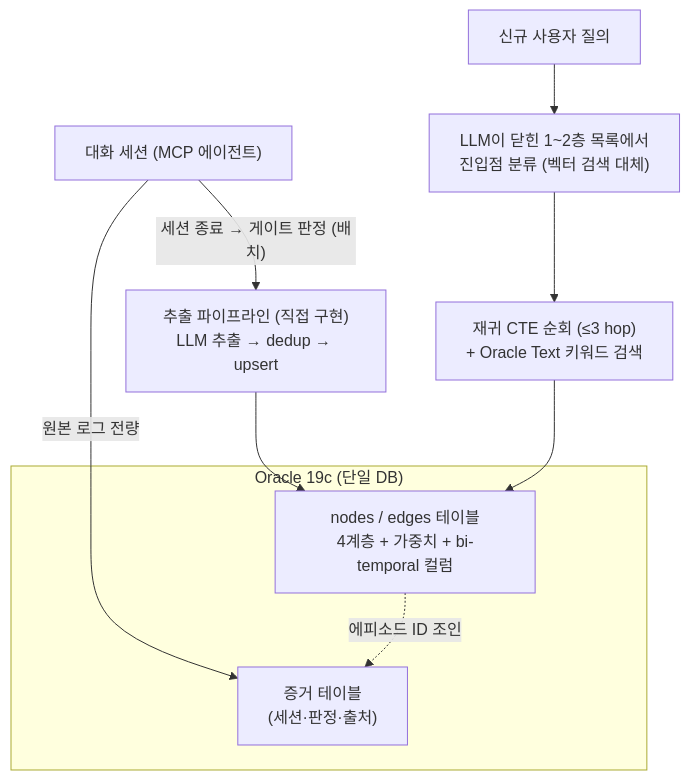
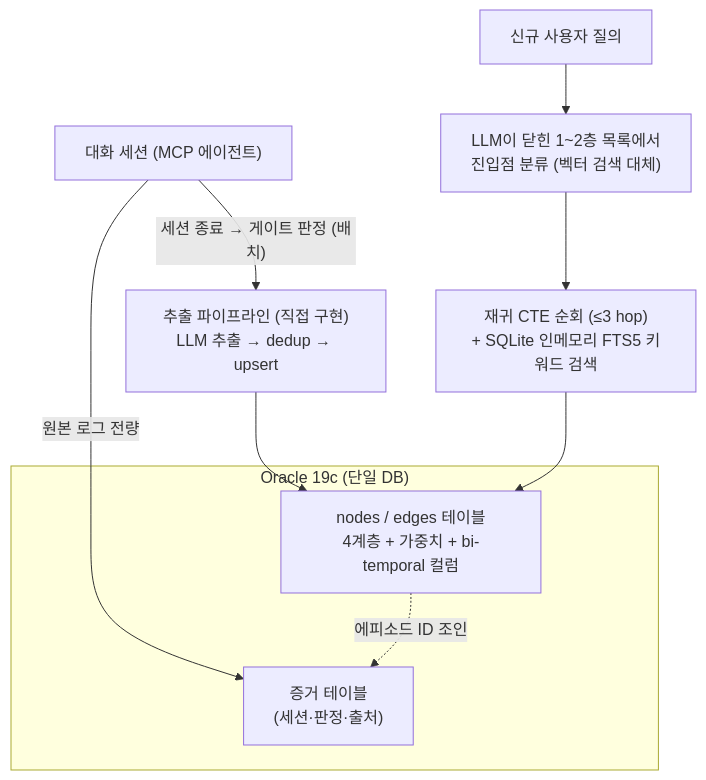
One commit to catinbox276/graph-search-chat changed the fifth of 6 diagrams in docs/design.md. Above: the diagram before and after it, drawn with Mermaid. The commit also changed other lines of this file and 4 other files, not shown here.

Commit message:
문서 검색 서술을 SQLite 인메모리 기준으로 갱신 (Oracle Text 제거 반영)

````diff
--- a/docs/design.md
+++ b/docs/design.md
@@ -183,14 +183,14 @@
 ```mermaid
 flowchart TD
     A["대화 세션 (MCP 에이전트)"] -->|"세션 종료 → 게이트 판정 (배치)"| P["추출 파이프라인 (직접 구현)<br/>LLM 추출 → dedup → upsert"]
     A -->|"원본 로그 전량"| EV["증거 테이블<br/>(세션·판정·출처)"]
     P --> G["nodes / edges 테이블<br/>4계층 + 가중치 + bi-temporal 컬럼"]
     Q["신규 사용자 질의"] --> CL["LLM이 닫힌 1~2층 목록에서<br/>진입점 분류 (벡터 검색 대체)"]
-    CL --> TR["재귀 CTE 순회 (≤3 hop)<br/>+ Oracle Text 키워드 검색"]
+    CL --> TR["재귀 CTE 순회 (≤3 hop)<br/>+ SQLite 인메모리 FTS5 키워드 검색"]
     TR --> G
     G -.->|"에피소드 ID 조인"| EV
     subgraph ORA["Oracle 19c (단일 DB)"]
         EV
         G
     end
 ```
````
